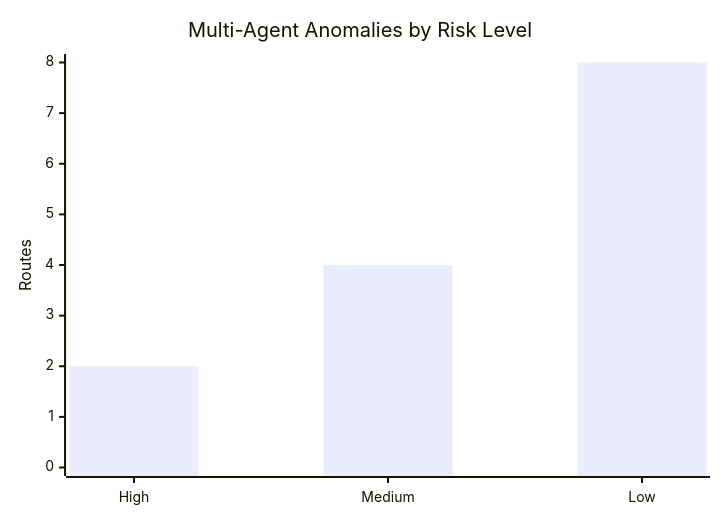
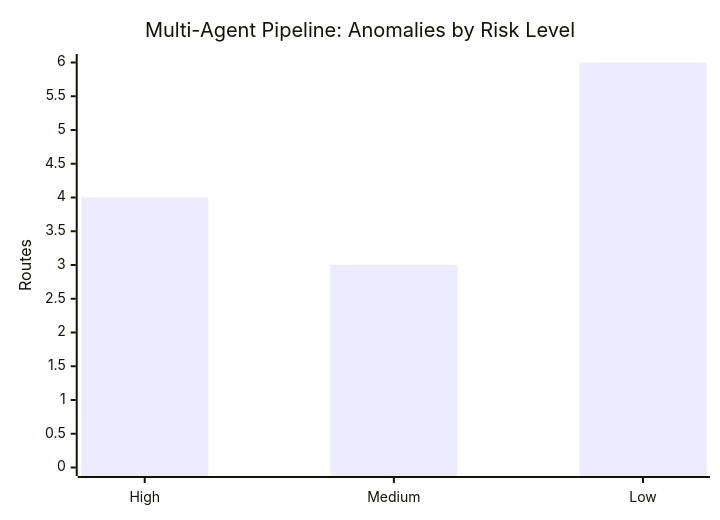
Diagram 11 of 11 in README.md (stefanotractor/FBI-Agents-817541), drawn with Mermaid before and after one commit. The commit also changed other lines of this file and 12 other files, not shown here.

````diff
--- a/README.md
+++ b/README.md
@@ -1245,7 +1254,7 @@
 ```mermaid
 xychart-beta
-    title "Multi-Agent Anomalies by Risk Level"
+    title "Multi-Agent Pipeline: Anomalies by Risk Level"
     x-axis ["High", "Medium", "Low"]
-    y-axis "Routes" 0 --> 8
-    bar [2, 4, 8]
+    y-axis "Routes" 0 --> 6
+    bar [4, 3, 6]
 ```
````
